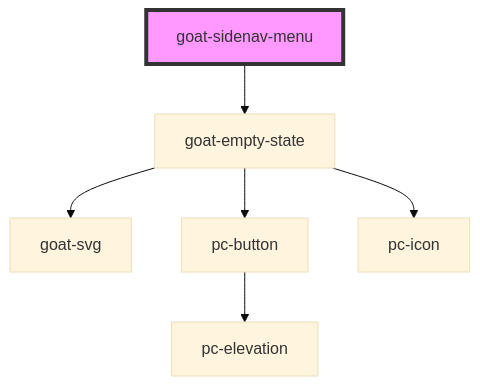
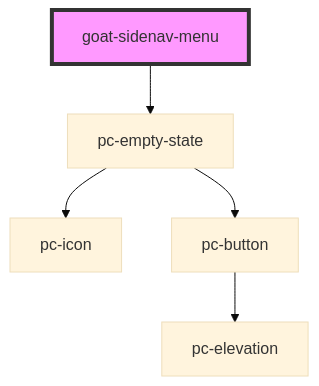
Before and after one commit to redvars/peacock: the diagram in src/components/application/sidenav-menu/readme.md, drawn with Mermaid (base theme). The commit also changed other lines of this file and 299 other files, not shown here.

````diff
--- a/src/components/application/sidenav-menu/readme.md
+++ b/src/components/application/sidenav-menu/readme.md
@@ -39,9 +39,8 @@
 ```mermaid
 graph TD;
-  goat-sidenav-menu --> goat-empty-state
-  goat-empty-state --> goat-svg
-  goat-empty-state --> pc-button
-  goat-empty-state --> pc-icon
+  goat-sidenav-menu --> pc-empty-state
+  pc-empty-state --> pc-icon
+  pc-empty-state --> pc-button
   pc-button --> pc-elevation
   style goat-sidenav-menu fill:#f9f,stroke:#333,stroke-width:4px
 ```
````
